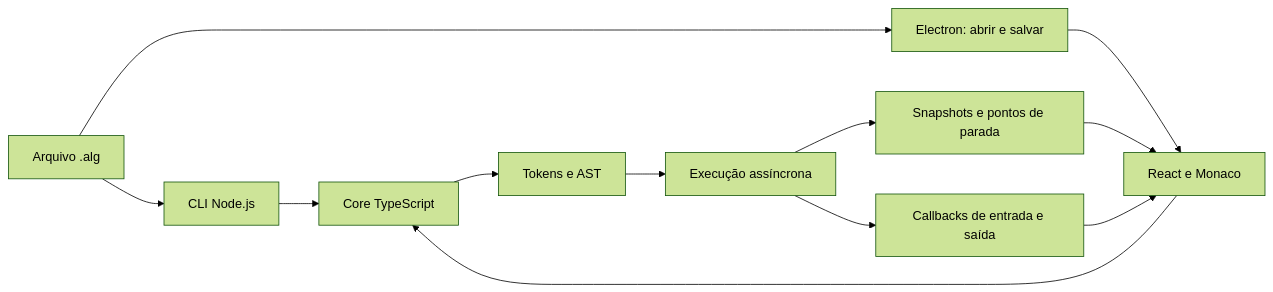
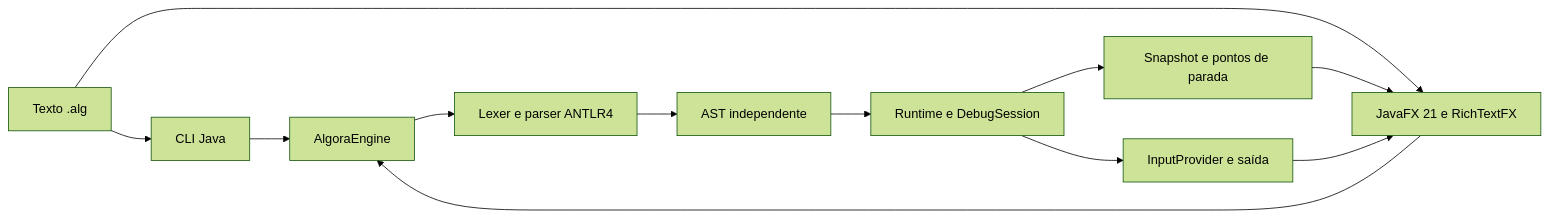
The diagram in docs/arquitetura.md (thurdass/Algora), drawn with Mermaid (forest theme) before and after one commit. The commit also changed other lines of this file and 6 other files, not shown here.

Commit message:
docs: describe Java architecture and preserve historical evidence

````diff
--- a/docs/arquitetura.md
+++ b/docs/arquitetura.md
@@ -5,14 +5,14 @@
 ```mermaid
 flowchart LR
-  ALG[Arquivo .alg] --> CLI[CLI Node.js]
-  ALG --> Desktop[Electron: abrir e salvar]
-  Desktop --> UI[React e Monaco]
-  UI --> Core[Core TypeScript]
-  CLI --> Core
-  Core --> Tokens[Tokens e AST]
-  Tokens --> Runtime[Execução assíncrona]
-  Runtime --> IO[Callbacks de entrada e saída]
-  Runtime --> Debug[Snapshots e pontos de parada]
-  Debug --> UI
-  IO --> UI
+  ALG[Texto .alg] --> CLI[CLI Java]
+  ALG --> UI[JavaFX 21 e RichTextFX]
+  UI --> Engine[AlgoraEngine]
+  CLI --> Engine
+  Engine --> ANTLR[Lexer e parser ANTLR4]
+  ANTLR --> AST[AST independente]
+  AST --> Runtime[Runtime e DebugSession]
+  Runtime --> Input[InputProvider e saída]
+  Runtime --> Snapshot[Snapshot e pontos de parada]
+  Snapshot --> UI
+  Input --> UI
 ```
````
